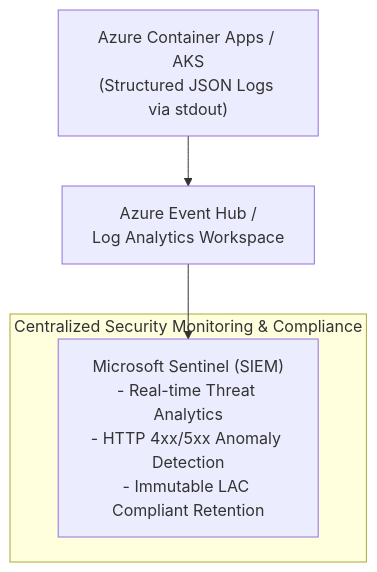
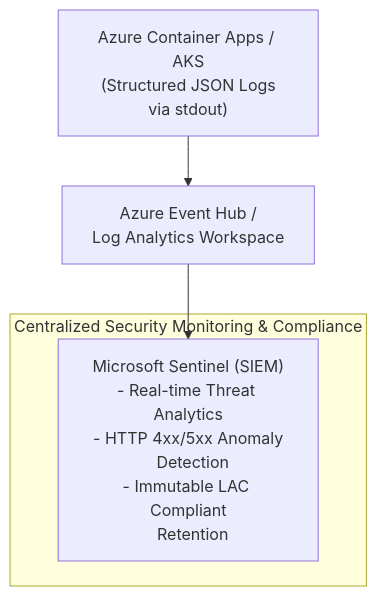
The second of 2 diagrams in docs/SECURITY.md (wyzdr/workforce-data-service), drawn with Mermaid before and after one commit. The commit also changed 1 other file, not shown here.

Commit message:
Doc: fix cutout texts

````diff
--- a/docs/SECURITY.md
+++ b/docs/SECURITY.md
@@ -67,10 +67,10 @@
 ```mermaid
 flowchart TD
-    API["Azure Container Apps / AKS<br/>(Structured JSON Logs via stdout)"] --> Hub["Azure Event Hub /<br/>Log Analytics Workspace"]
+    API["Azure Container Apps / AKS<br/>(Structured JSON Logs<br/>via stdout)"] --> Hub["Azure Event Hub /<br/>Log Analytics Workspace"]
     
     subgraph EnterpriseSIEM ["Centralized Security Monitoring & Compliance"]
-        SIEM["Microsoft Sentinel (SIEM)<br/>- Real-time Threat Analytics<br/>- HTTP 4xx/5xx Anomaly Detection<br/>- Immutable LAC Compliant Retention"]
+        SIEM["Microsoft Sentinel (SIEM)<br/>- Real-time Threat Analytics<br/>- HTTP 4xx/5xx Anomaly<br/>  Detection<br/>- Immutable LAC Compliant<br/>  Retention"]
     end
 
     Hub --> SIEM
 ```
````
